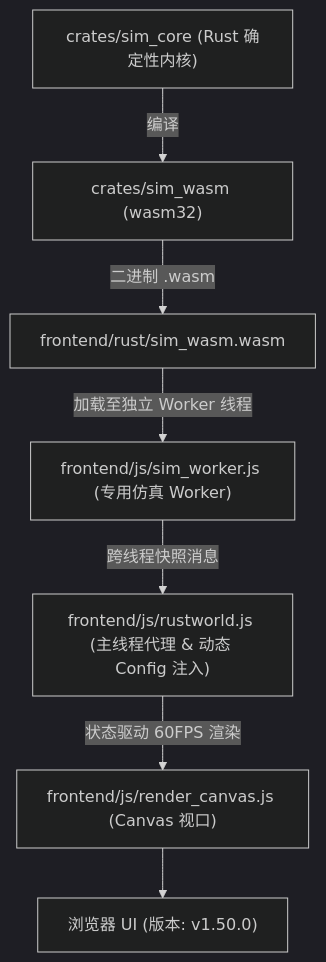
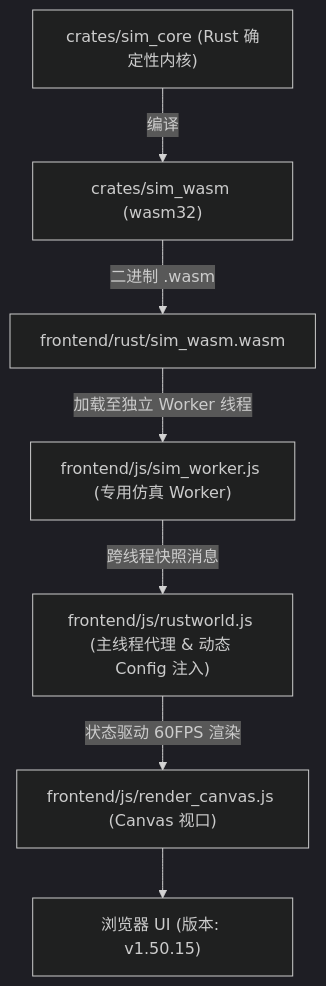
Before and after one commit to g39088902/FlowAndAccord: the diagram in AGENTS.md, drawn with Mermaid (dark theme). The commit also changed other lines of this file and 30 other files, not shown here.

````diff
--- a/AGENTS.md
+++ b/AGENTS.md
@@ -62,9 +62,9 @@
 ```mermaid
 graph TD
     A["crates/sim_core (Rust 确定性内核)"] -->|编译| B["crates/sim_wasm (wasm32)"]
     B -->|二进制 .wasm| C["frontend/rust/sim_wasm.wasm"]
     C -->|加载至独立 Worker 线程| D["frontend/js/sim_worker.js (专用仿真 Worker)"]
     D -->|跨线程快照消息| E["frontend/js/rustworld.js (主线程代理 & 动态 Config 注入)"]
     E -->|状态驱动 60FPS 渲染| F["frontend/js/render_canvas.js (Canvas 视口)"]
-    F --> G["浏览器 UI (版本: v1.50.0)"]
+    F --> G["浏览器 UI (版本: v1.50.15)"]
 ```
````
